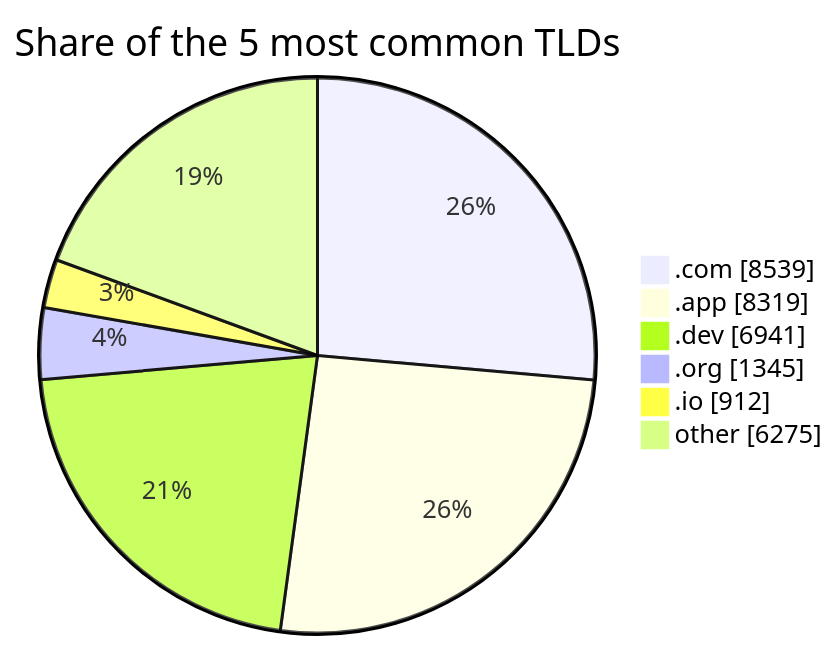
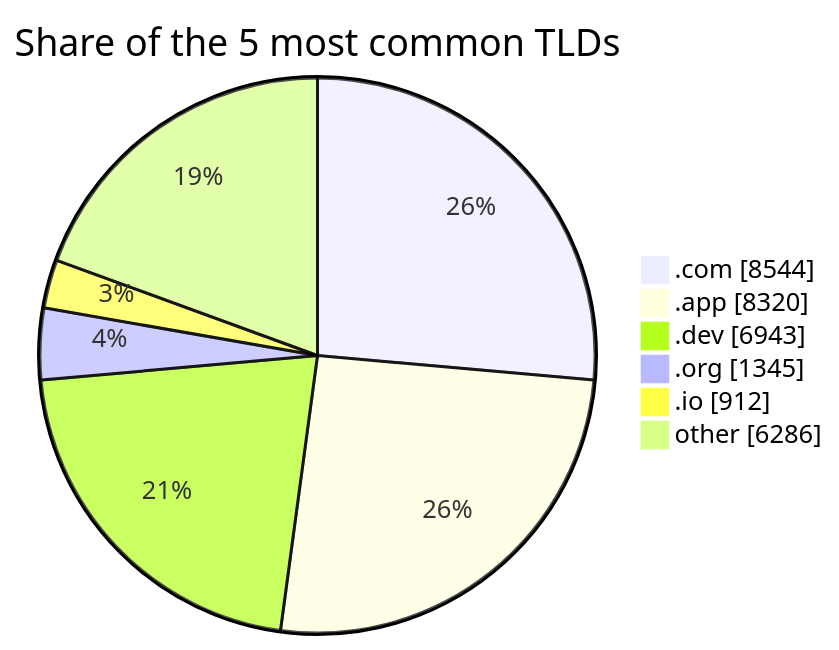
Before and after one commit to DNSBunker/CTI: the second of 2 diagrams in README.md, drawn with Mermaid. The commit also changed other lines of this file and 3 other files, not shown here.

````diff
--- a/README.md
+++ b/README.md
@@ -72,9 +72,9 @@
 ```mermaid
 pie showData title Share of the 5 most common TLDs
-    ".com" : 8539
-    ".app" : 8319
-    ".dev" : 6941
+    ".com" : 8544
+    ".app" : 8320
+    ".dev" : 6943
     ".org" : 1345
     ".io" : 912
-    "other" : 6275
+    "other" : 6286
 ```
````
